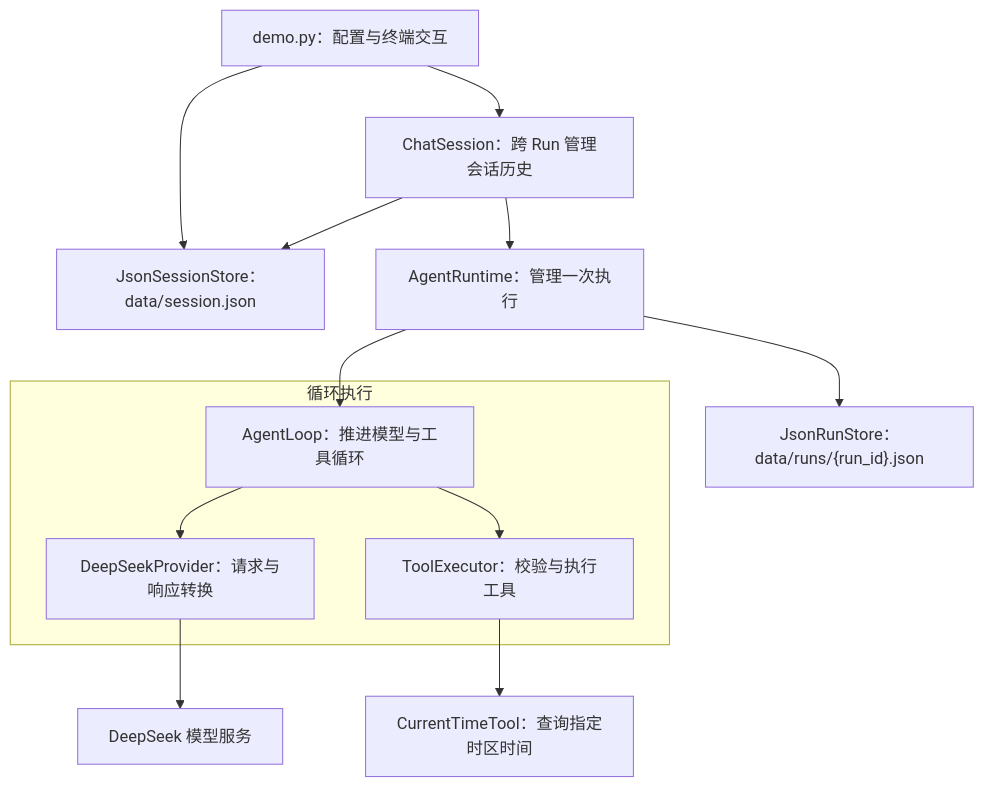
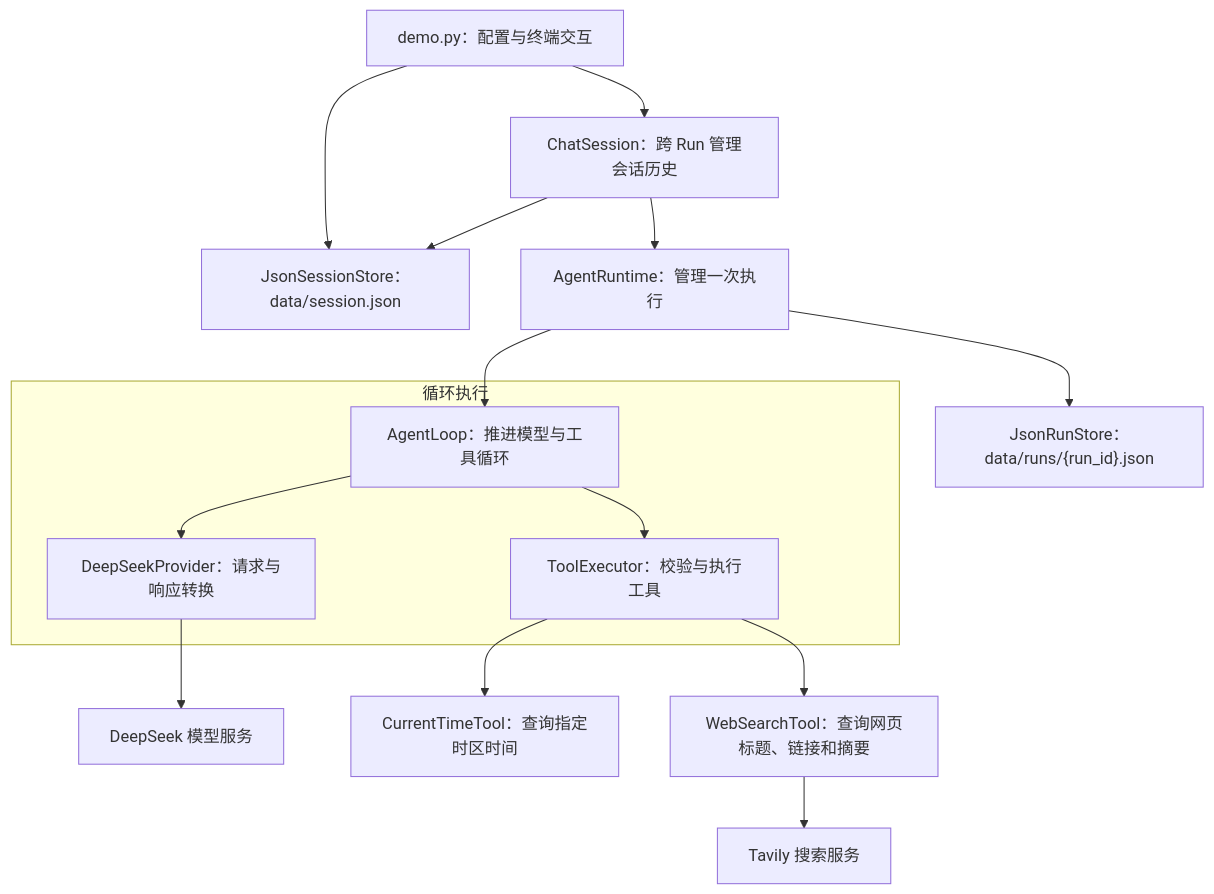
The diagram in README.md (EugeneChanQAQ/li_agent), drawn with Mermaid before and after one commit. The commit also changed other lines of this file and 2 other files, not shown here.

Commit message:
feat: add read web tool

````diff
--- a/README.md
+++ b/README.md
@@ -26,18 +27,20 @@
 ```mermaid
 flowchart TD
     Entry["demo.py：配置与终端交互"] --> Session["ChatSession：跨 Run 管理会话历史"]
     Entry --> SessionStore["JsonSessionStore：data/session.json"]
     Session --> SessionStore
     Session --> Runtime["AgentRuntime：管理一次执行"]
     Runtime --> RunStore["JsonRunStore：data/runs/{run_id}.json"]
     subgraph Execution["循环执行"]
         Loop["AgentLoop：推进模型与工具循环"]
         Provider["DeepSeekProvider：请求与响应转换"]
         Executor["ToolExecutor：校验与执行工具"]
         Loop --> Provider
         Loop --> Executor
     end
     Runtime --> Loop
     Provider --> Model["DeepSeek 模型服务"]
     Executor --> TimeTool["CurrentTimeTool：查询指定时区时间"]
+    Executor --> SearchTool["WebSearchTool：查询网页标题、链接和摘要"]
+    SearchTool --> SearchAPI["Tavily 搜索服务"]
 ```
````
